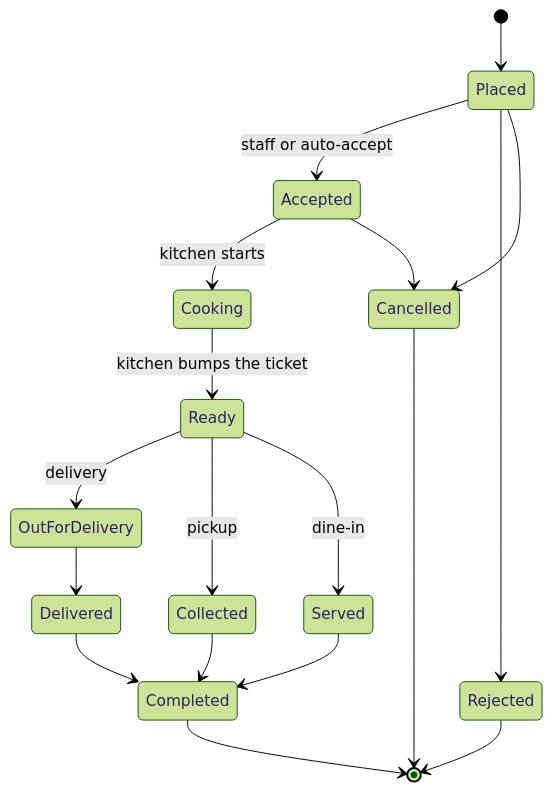
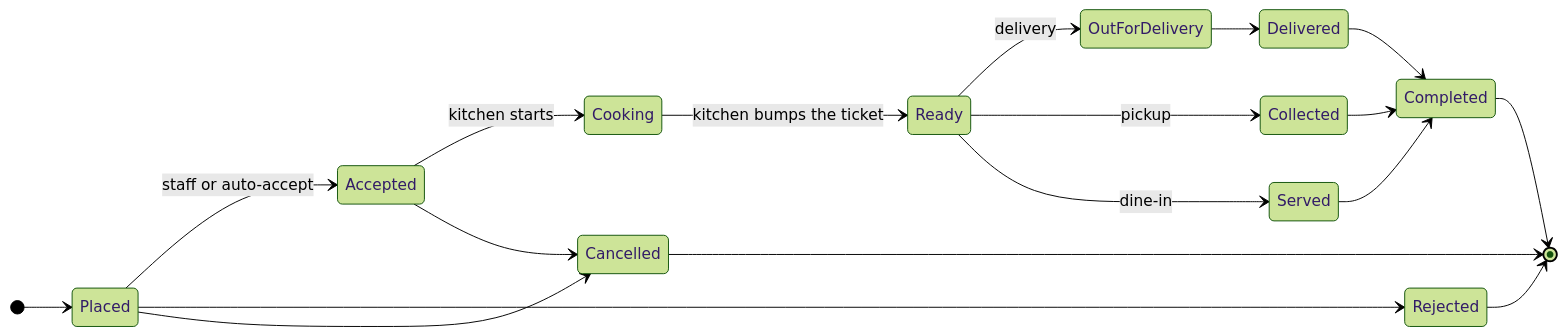
The second of 2 diagrams in README.md (Md-Foisal/tandoor-house), drawn with Mermaid (forest theme) before and after one commit. The commit also changed other lines of this file, not shown here.

Commit message:
docs: make the architecture diagram easier to read

````diff
--- a/README.md
+++ b/README.md
@@ -190,20 +184,21 @@
 ```mermaid
 stateDiagram-v2
+    direction LR
     [*] --> Placed
     Placed --> Accepted: staff or auto-accept
     Placed --> Rejected
     Placed --> Cancelled
     Accepted --> Cooking: kitchen starts
     Accepted --> Cancelled
     Cooking --> Ready: kitchen bumps the ticket
     Ready --> OutForDelivery: delivery
     Ready --> Collected: pickup
     Ready --> Served: dine-in
     OutForDelivery --> Delivered
     Delivered --> Completed
     Collected --> Completed
     Served --> Completed
     Completed --> [*]
     Rejected --> [*]
     Cancelled --> [*]
 ```
````
